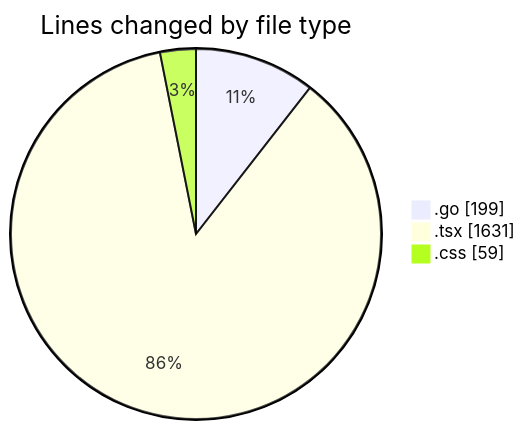
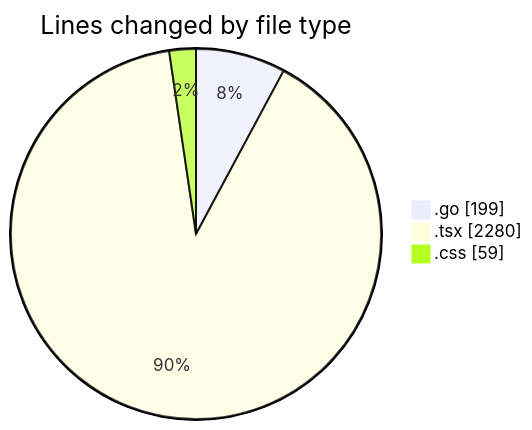
The first of 2 diagrams in 2025-03-11/termonied_testador/README.md (robertbonfada/code-tracking), drawn with Mermaid before and after one commit. The commit also changed other lines of this file and 1 other file, not shown here.

````diff
--- a/2025-03-11/termonied_testador/README.md
+++ b/2025-03-11/termonied_testador/README.md
@@ -28,7 +28,7 @@
 ```mermaid
 pie showData
 title Lines changed by file type
 ".go" : 199
-".tsx" : 1631
+".tsx" : 2280
 ".css" : 59
 ```
````
